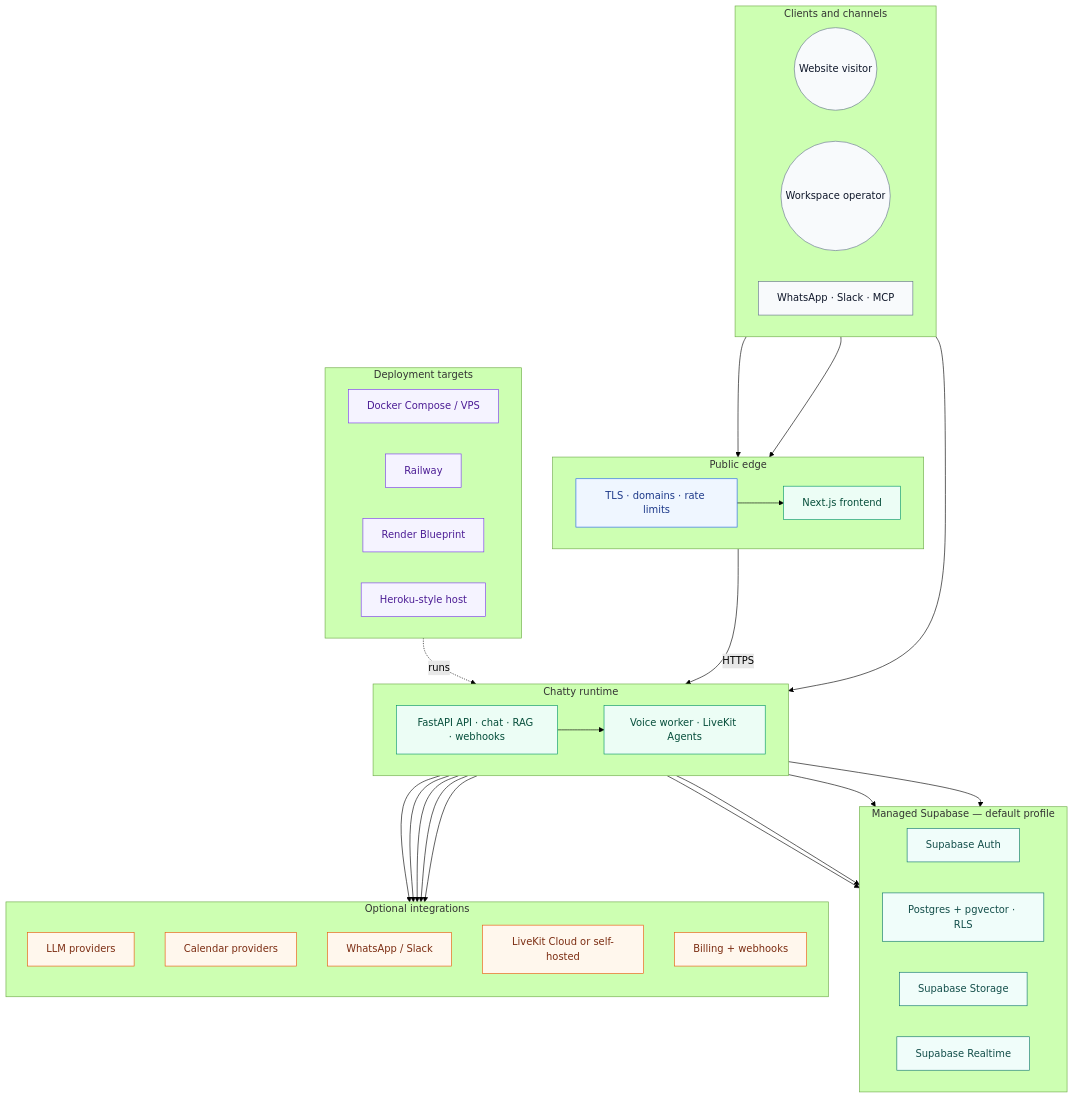
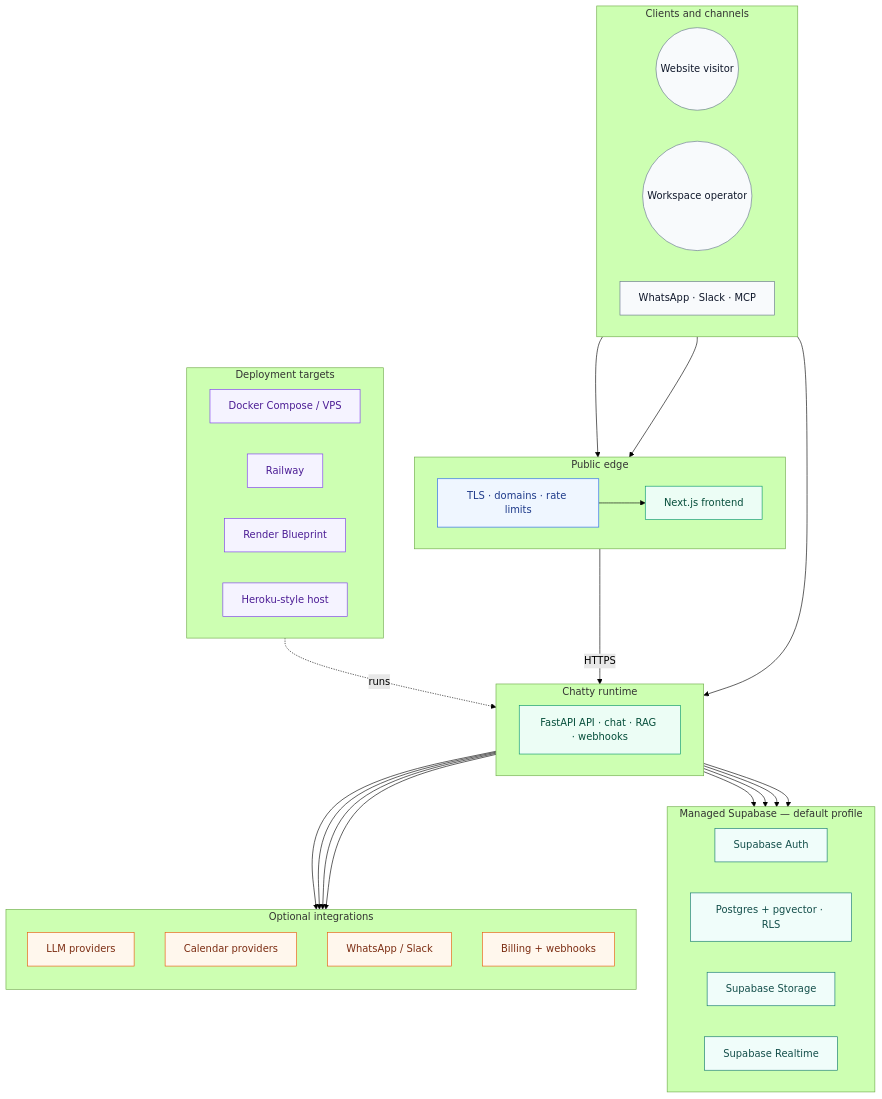
Before and after one commit to PersonaliAI/chatty: the diagram in frontend/README.md, drawn with Mermaid (forest theme). The commit also changed other lines of this file and 135 other files, not shown here.

````diff
--- a/frontend/README.md
+++ b/frontend/README.md
@@ -46,65 +45,61 @@
 ```mermaid
 flowchart TB
     classDef actor fill:#f8fafc,stroke:#64748b,color:#0f172a
     classDef edge fill:#eff6ff,stroke:#2563eb,color:#1e3a8a
     classDef app fill:#ecfdf5,stroke:#059669,color:#064e3b
     classDef data fill:#f0fdfa,stroke:#0f766e,color:#134e4a
     classDef integration fill:#fff7ed,stroke:#ea580c,color:#7c2d12
     classDef deploy fill:#f5f3ff,stroke:#7c3aed,color:#4c1d95
 
     subgraph clients["Clients and channels"]
         direction LR
         visitor(("Website visitor")):::actor
         operator(("Workspace operator")):::actor
         channels["WhatsApp · Slack · MCP"]:::actor
     end
     subgraph edge["Public edge"]
         direction LR
         tls["TLS · domains · rate limits"]:::edge
         web["Next.js frontend"]:::app
     end
     subgraph runtime["Chatty runtime"]
         direction LR
         api["FastAPI API · chat · RAG · webhooks"]:::app
-        voice["Voice worker · LiveKit Agents"]:::app
     end
     subgraph data["Managed Supabase — default profile"]
         direction LR
         auth["Supabase Auth"]:::data
         postgres["Postgres + pgvector · RLS"]:::data
         storage["Supabase Storage"]:::data
         realtime["Supabase Realtime"]:::data
     end
     subgraph integrations["Optional integrations"]
         direction TB
         llm["LLM providers"]:::integration
         calendar["Calendar providers"]:::integration
         channelsApi["WhatsApp / Slack"]:::integration
-        livekit["LiveKit Cloud or self-hosted"]:::integration
         billing["Billing + webhooks"]:::integration
     end
     subgraph deploy["Deployment targets"]
         direction LR
         docker["Docker Compose / VPS"]:::deploy
         railway["Railway"]:::deploy
         render["Render Blueprint"]:::deploy
         heroku["Heroku-style host"]:::deploy
     end
 
     visitor --> tls
     operator --> web
     channels --> api
     tls --> web
     web -->|HTTPS| api
-    api --> voice
     api --> auth
     api --> postgres
     api --> storage
     api --> realtime
     api --> llm
     api --> calendar
     api --> channelsApi
-    voice --> livekit
     api --> billing
     deploy -. runs .-> runtime
 ```
````
